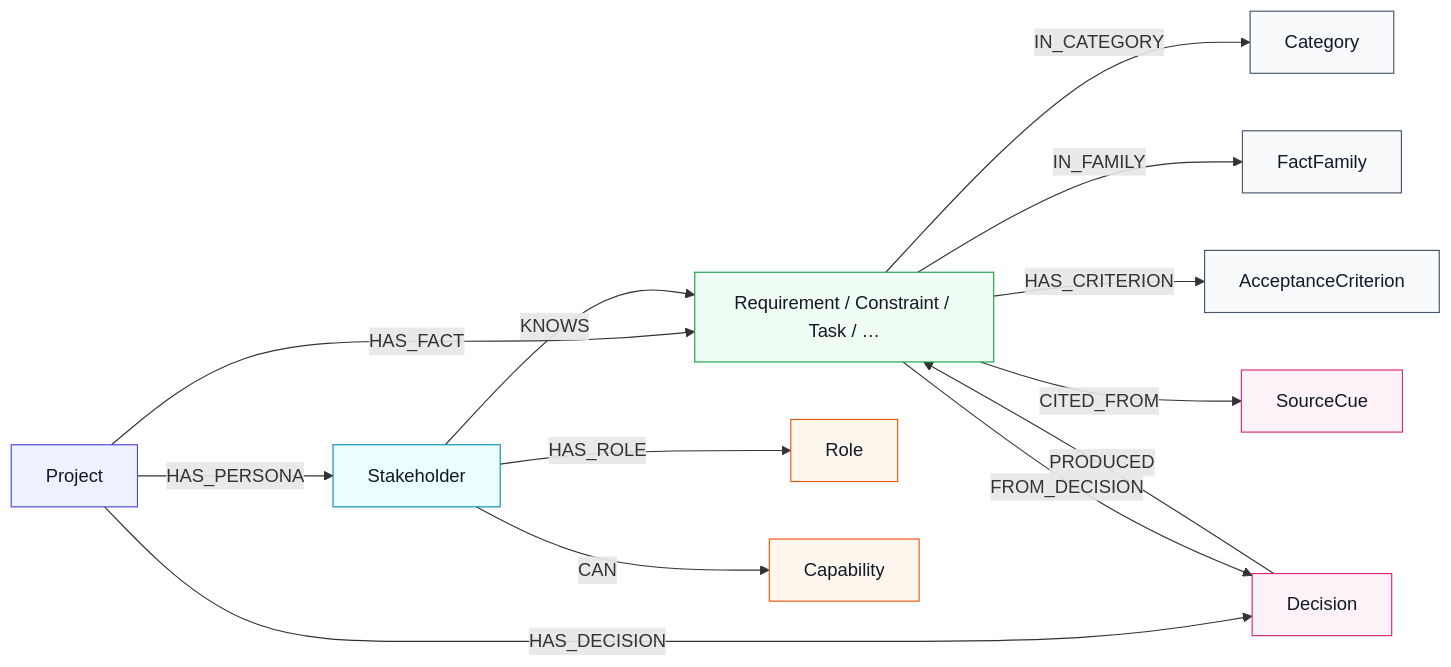
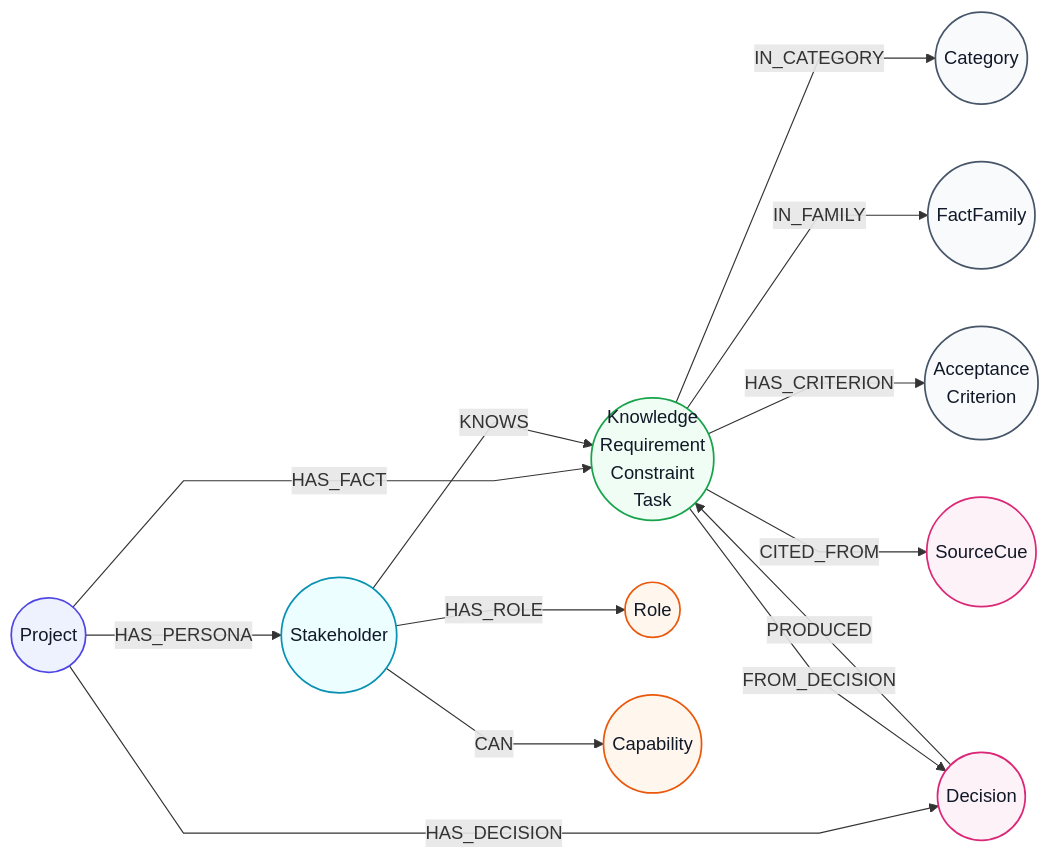
Before and after one commit to Snickdx/sellm: the diagram in docs/YAML_GRAPH_MODEL.md, drawn with Mermaid. The commit also changed other lines of this file, not shown here.

Commit message:
docs: render graph model with circular nodes and straight edges

````diff
--- a/docs/YAML_GRAPH_MODEL.md
+++ b/docs/YAML_GRAPH_MODEL.md
@@ -89,33 +91,34 @@
 ```mermaid
+%%{init: {"flowchart": {"curve": "linear"}}}%%
 flowchart LR
-    classDef pkg fill:#eef2ff,stroke:#4f46e5,color:#111827,stroke-width:1px;
-    classDef actor fill:#ecfeff,stroke:#0891b2,color:#111827,stroke-width:1px;
-    classDef knowledge fill:#f0fdf4,stroke:#16a34a,color:#111827,stroke-width:1px;
-    classDef governance fill:#fff7ed,stroke:#ea580c,color:#111827,stroke-width:1px;
-    classDef provenance fill:#fdf2f8,stroke:#db2777,color:#111827,stroke-width:1px;
-    classDef domain fill:#f8fafc,stroke:#475569,color:#111827,stroke-width:1px;
+    classDef pkg fill:#eef2ff,stroke:#4f46e5,color:#111827,stroke-width:1.5px;
+    classDef actor fill:#ecfeff,stroke:#0891b2,color:#111827,stroke-width:1.5px;
+    classDef knowledge fill:#f0fdf4,stroke:#16a34a,color:#111827,stroke-width:1.5px;
+    classDef governance fill:#fff7ed,stroke:#ea580c,color:#111827,stroke-width:1.5px;
+    classDef provenance fill:#fdf2f8,stroke:#db2777,color:#111827,stroke-width:1.5px;
+    classDef domain fill:#f8fafc,stroke:#475569,color:#111827,stroke-width:1.5px;
 
-    SC["Project"]:::pkg
-    PE["Stakeholder"]:::actor
-    FA["Requirement / Constraint / Task / …"]:::knowledge
-    CAT["Category"]:::domain
-    FAM["FactFamily"]:::domain
-    AC["AcceptanceCriterion"]:::domain
-    SR["Role"]:::governance
-    CP["Capability"]:::governance
-    DE["Decision"]:::provenance
-    CU["SourceCue"]:::provenance
+    SC((Project)):::pkg
+    PE((Stakeholder)):::actor
+    FA((Knowledge<br/>Requirement<br/>Constraint<br/>Task)):::knowledge
+    CAT((Category)):::domain
+    FAM((FactFamily)):::domain
+    AC((Acceptance<br/>Criterion)):::domain
+    SR((Role)):::governance
+    CP((Capability)):::governance
+    DE((Decision)):::provenance
+    CU((SourceCue)):::provenance
 
-    SC -- HAS_PERSONA --> PE
-    SC -- HAS_FACT --> FA
-    SC -- HAS_DECISION --> DE
-    PE -- KNOWS --> FA
-    PE -- HAS_ROLE --> SR
-    PE -- CAN --> CP
-    FA -- IN_CATEGORY --> CAT
-    FA -- IN_FAMILY --> FAM
-    FA -- HAS_CRITERION --> AC
-    FA -- FROM_DECISION --> DE
-    DE -- PRODUCED --> FA
-    FA -- CITED_FROM --> CU
+    SC -->|HAS_PERSONA| PE
+    SC -->|HAS_FACT| FA
+    SC -->|HAS_DECISION| DE
+    PE -->|KNOWS| FA
+    PE -->|HAS_ROLE| SR
+    PE -->|CAN| CP
+    FA -->|IN_CATEGORY| CAT
+    FA -->|IN_FAMILY| FAM
+    FA -->|HAS_CRITERION| AC
+    FA -->|FROM_DECISION| DE
+    DE -->|PRODUCED| FA
+    FA -->|CITED_FROM| CU
 ```
````
